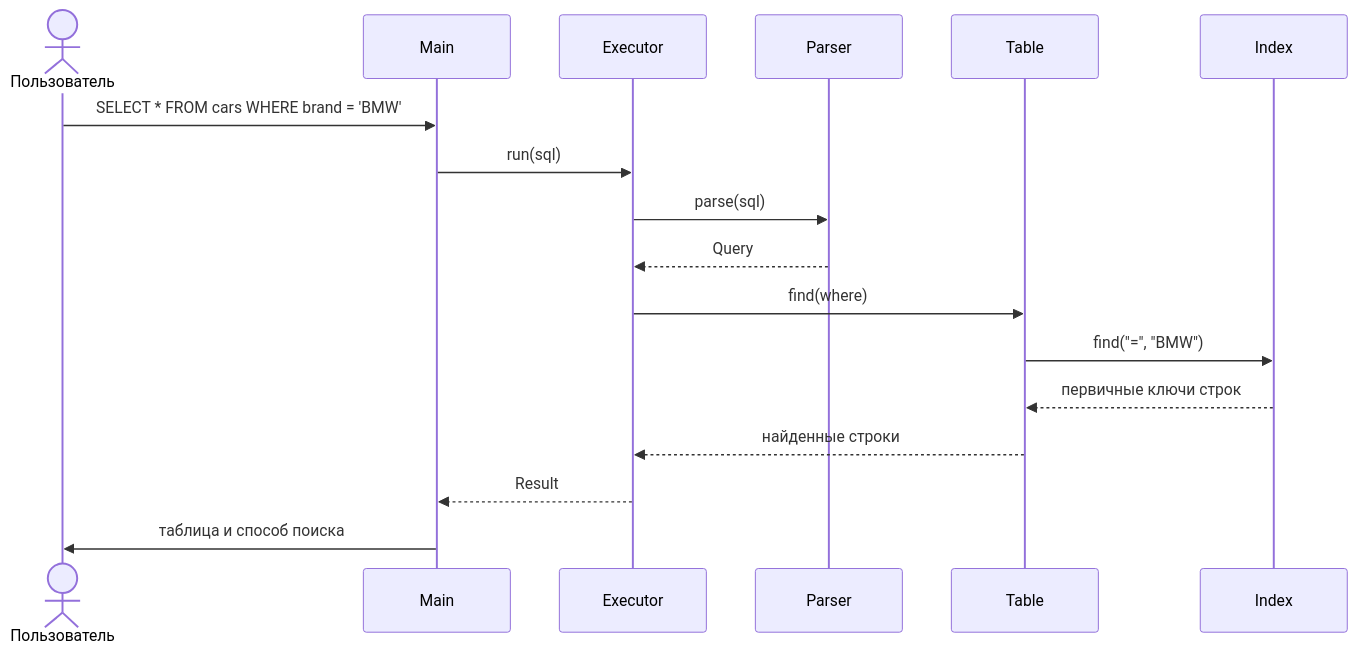
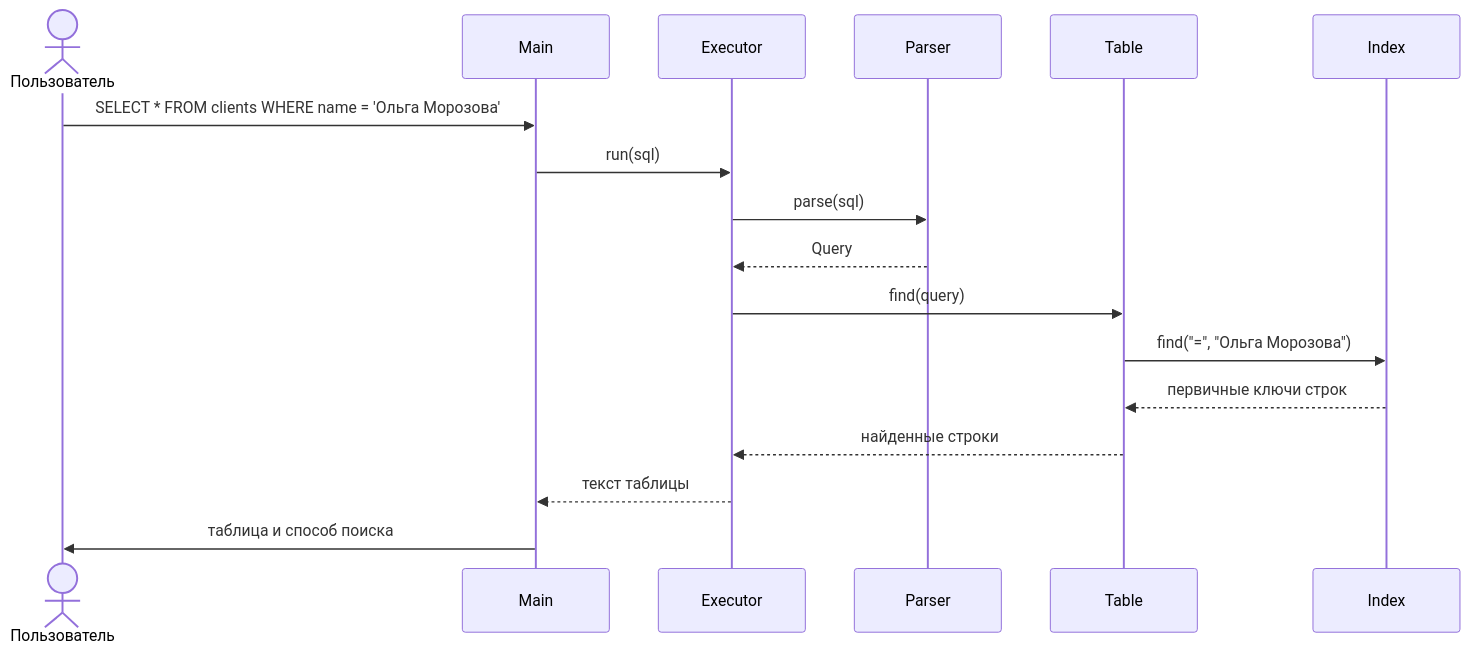
Before and after one commit to sergei0908/Java2: the third of 4 diagrams in readme.md, drawn with Mermaid. The commit also changed other lines of this file and 21 other files, not shown here.

````diff
--- a/readme.md
+++ b/readme.md
@@ -225,20 +294,20 @@
 ```mermaid
 sequenceDiagram
     actor User as Пользователь
     participant M as Main
     participant E as Executor
     participant P as Parser
     participant T as Table
     participant I as Index
 
-    User->>M: SELECT * FROM cars WHERE brand = 'BMW';
+    User->>M: SELECT * FROM clients WHERE name = 'Ольга Морозова';
     M->>E: run(sql)
     E->>P: parse(sql)
     P-->>E: Query
-    E->>T: find(where)
-    T->>I: find("=", "BMW")
+    E->>T: find(query)
+    T->>I: find("=", "Ольга Морозова")
     I-->>T: первичные ключи строк
     T-->>E: найденные строки
-    E-->>M: Result
+    E-->>M: текст таблицы
     M->>User: таблица и способ поиска
 ```
````
